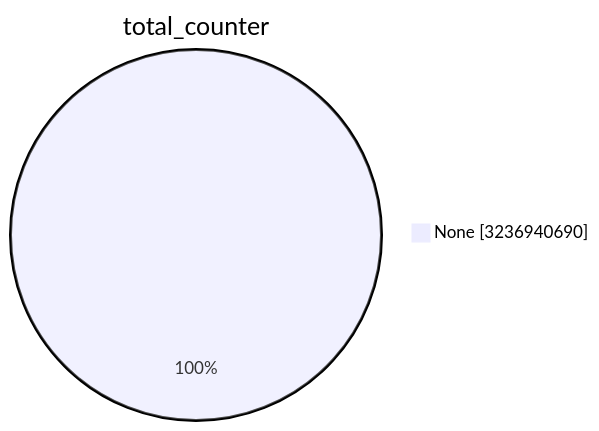
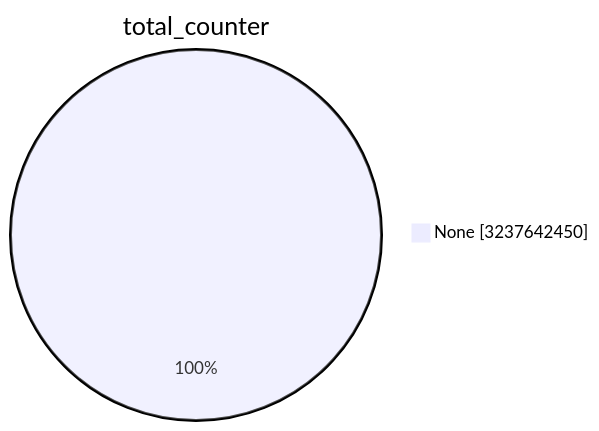
Before and after one commit to christiankrug/ctmonitor_visualization: the first of 15 diagrams in TOTAL/README.md, drawn with Mermaid. The commit also changed other lines of this file, not shown here.

````diff
--- a/TOTAL/README.md
+++ b/TOTAL/README.md
@@ -1,5 +1,5 @@
 ```mermaid
 pie showData
 title total_counter
-"None" :3236940690
+"None" :3237642450
 ```
````
